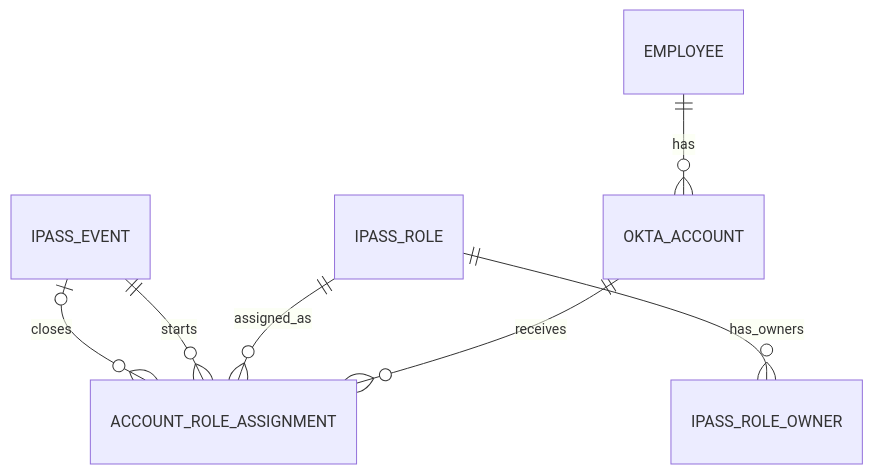
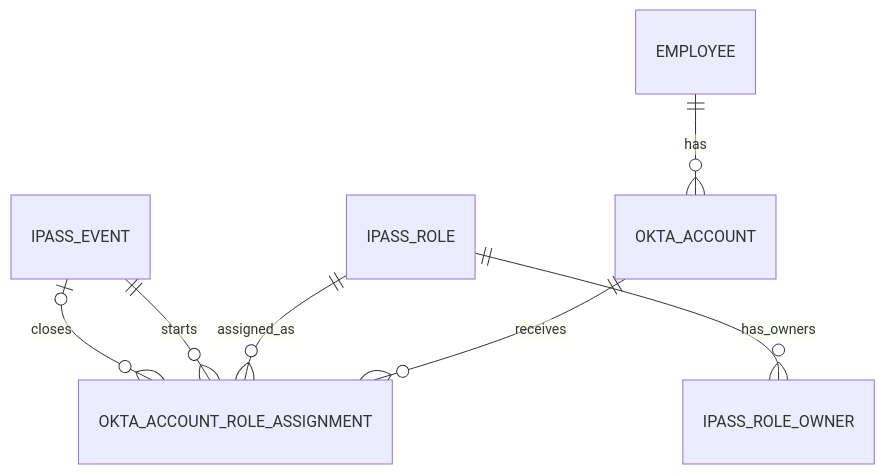
One commit to bvm-arjun108/user-access-management changed the diagram in docs/data-model.md. Above: the diagram before and after it, drawn with Mermaid. The commit also changed other lines of this file and 10 other files, not shown here.

```diff
--- a/docs/data-model.md
+++ b/docs/data-model.md
@@ -20,9 +20,9 @@
 ~~~mermaid
 erDiagram
     EMPLOYEE ||--o{ OKTA_ACCOUNT : has
-    OKTA_ACCOUNT ||--o{ ACCOUNT_ROLE_ASSIGNMENT : receives
-    IPASS_ROLE ||--o{ ACCOUNT_ROLE_ASSIGNMENT : assigned_as
+    OKTA_ACCOUNT ||--o{ OKTA_ACCOUNT_ROLE_ASSIGNMENT : receives
+    IPASS_ROLE ||--o{ OKTA_ACCOUNT_ROLE_ASSIGNMENT : assigned_as
     IPASS_ROLE ||--o{ IPASS_ROLE_OWNER : has_owners
-    IPASS_EVENT ||--o{ ACCOUNT_ROLE_ASSIGNMENT : starts
-    IPASS_EVENT o|--o{ ACCOUNT_ROLE_ASSIGNMENT : closes
+    IPASS_EVENT ||--o{ OKTA_ACCOUNT_ROLE_ASSIGNMENT : starts
+    IPASS_EVENT o|--o{ OKTA_ACCOUNT_ROLE_ASSIGNMENT : closes
 ~~~
```
